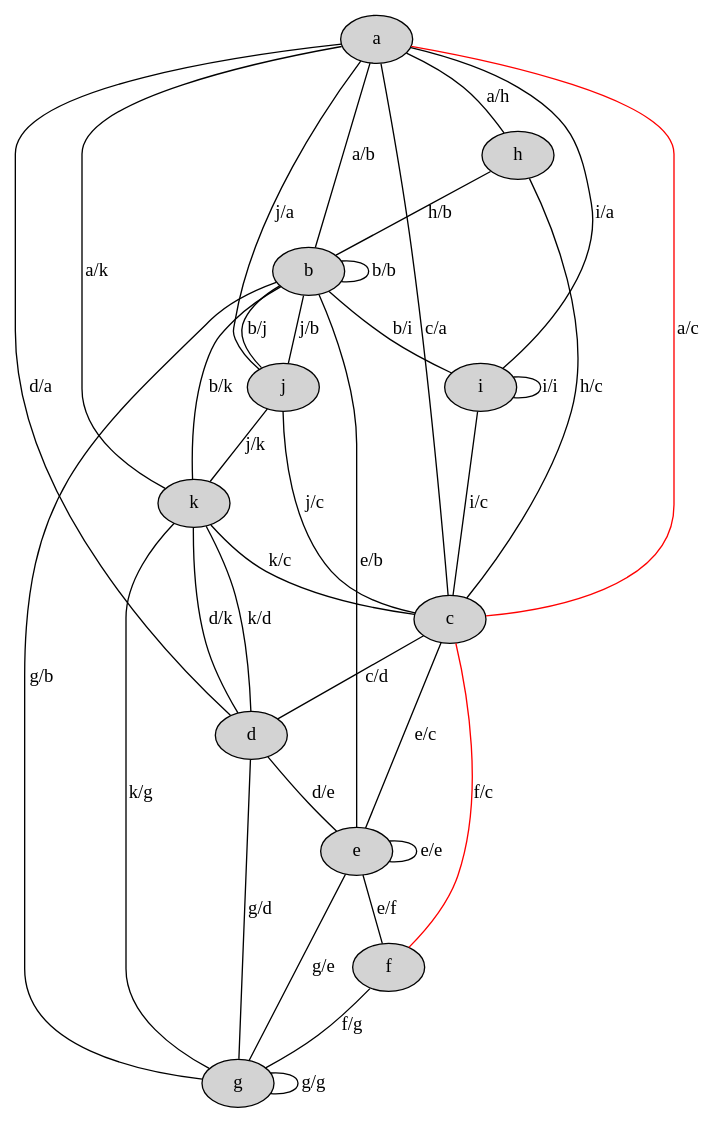
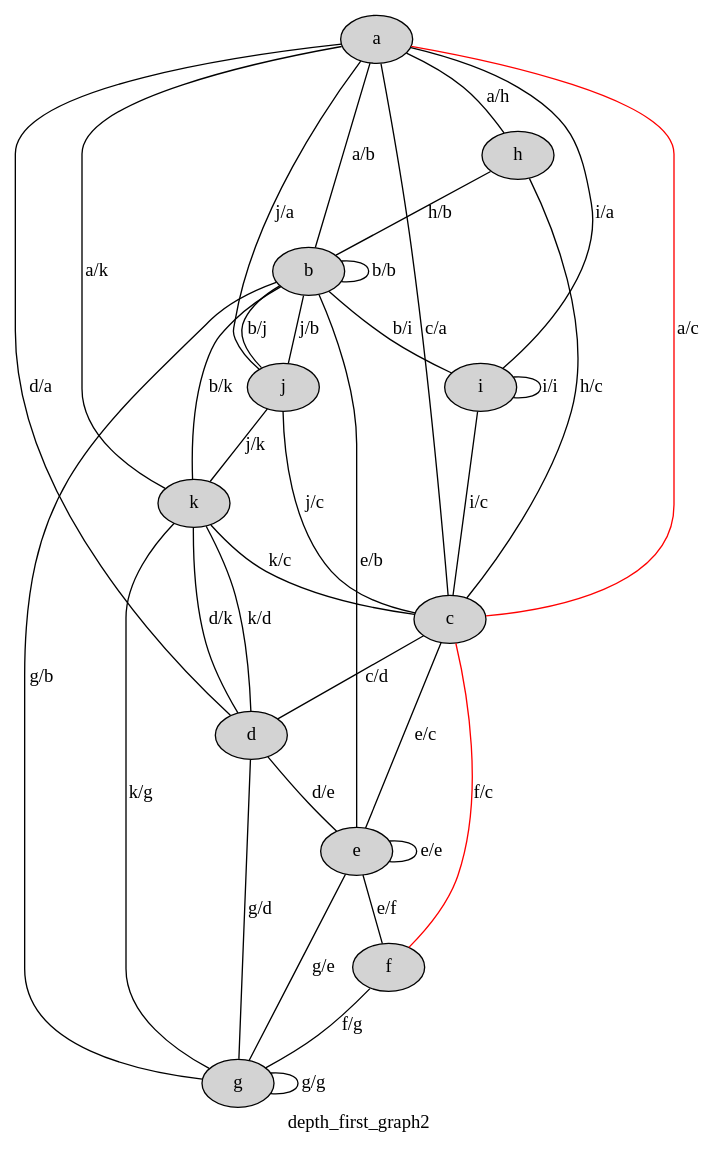
The diagram in depth_first_graph2.dot (Rpguns123/gka), drawn with Graphviz before and after one commit.

Commit message:
Depth First Search path building error fixed.

```diff
--- a/depth_first_graph2.dot
+++ b/depth_first_graph2.dot
@@ -1,41 +1,42 @@
 digraph depth_first_graph2 { 
+label="depth_first_graph2"
 size="36,36";
 node [fontname="Verdana", size="30,30", style=filled];
 overlap = scale;
 splines = true;
 a -> b [ label = "a/b", dir=none ];
 a -> c [ label = "a/c", dir=none, color="red" ];
 a -> h [ label = "a/h", dir=none ];
 a -> k [ label = "a/k", dir=none ];
 b -> b [ label = "b/b", dir=none ];
 b -> j [ label = "b/j", dir=none ];
 b -> k [ label = "b/k", dir=none ];
 b -> i [ label = "b/i", dir=none ];
 c -> a [ label = "c/a", dir=none ];
 c -> d [ label = "c/d", dir=none ];
 d -> a [ label = "d/a", dir=none ];
 d -> e [ label = "d/e", dir=none ];
 d -> k [ label = "d/k", dir=none ];
 e -> b [ label = "e/b", dir=none ];
 e -> c [ label = "e/c", dir=none ];
 e -> e [ label = "e/e", dir=none ];
 e -> f [ label = "e/f", dir=none ];
 f -> c [ label = "f/c", dir=none, color="red" ];
 f -> g [ label = "f/g", dir=none ];
 g -> g [ label = "g/g", dir=none ];
 g -> e [ label = "g/e", dir=none ];
 g -> b [ label = "g/b", dir=none ];
 g -> d [ label = "g/d", dir=none ];
 h -> b [ label = "h/b", dir=none ];
 h -> c [ label = "h/c", dir=none ];
 i -> a [ label = "i/a", dir=none ];
 i -> c [ label = "i/c", dir=none ];
 i -> i [ label = "i/i", dir=none ];
 j -> k [ label = "j/k", dir=none ];
 j -> c [ label = "j/c", dir=none ];
 j -> a [ label = "j/a", dir=none ];
 j -> b [ label = "j/b", dir=none ];
 k -> c [ label = "k/c", dir=none ];
 k -> g [ label = "k/g", dir=none ];
 k -> d [ label = "k/d", dir=none ];
 }
```
